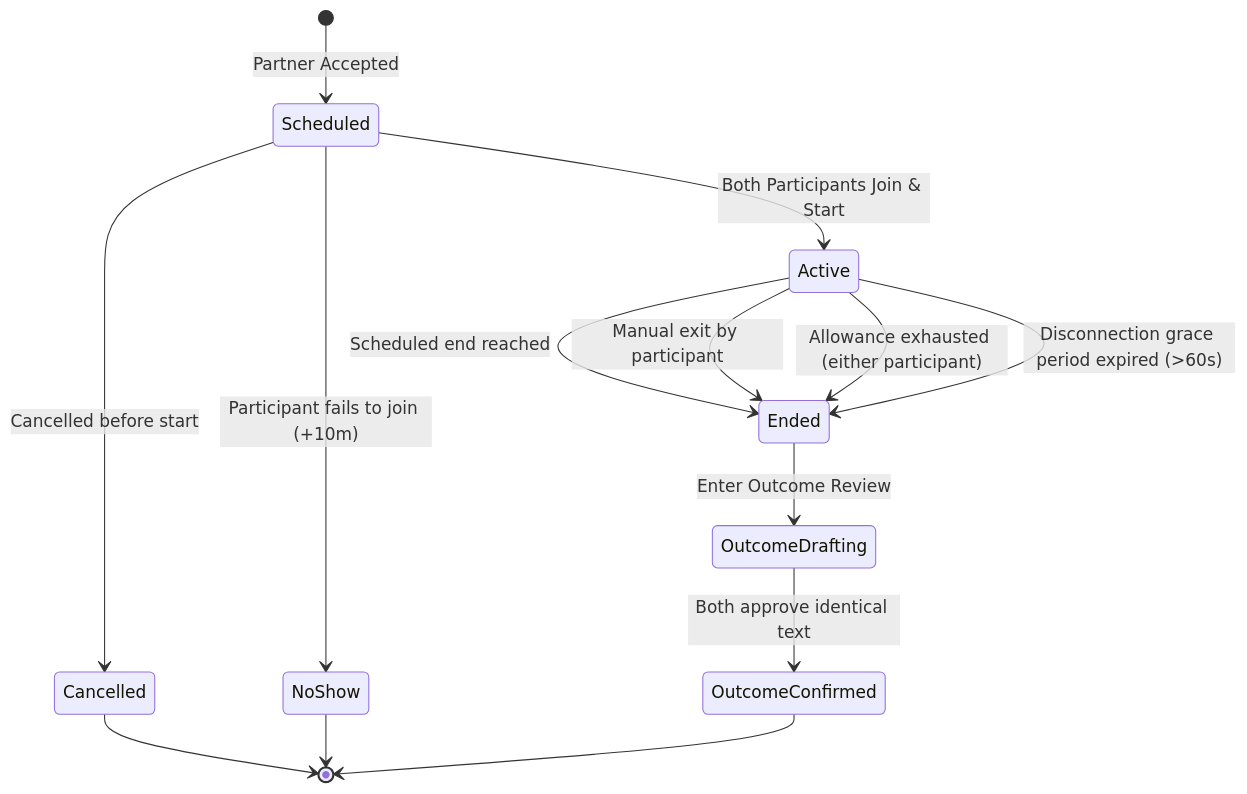
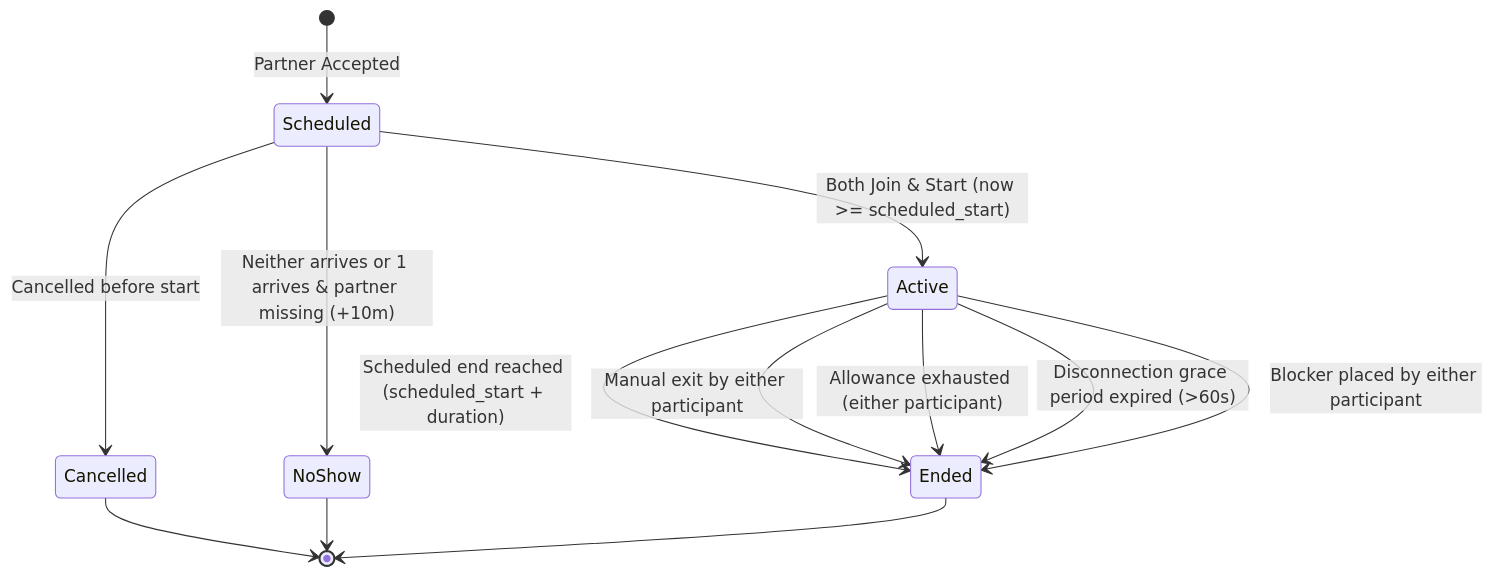
Before and after one commit to belozov/peer-learning-platform: the diagram in docs/session-lifecycle.md, drawn with Mermaid. The commit also changed other lines of this file and 15 other files, not shown here.

Commit message:
PLP-review: Address Astra review findings B1-B10, specification fixtures, and architectural reconciliation

````diff
--- a/docs/session-lifecycle.md
+++ b/docs/session-lifecycle.md
@@ -7,18 +7,17 @@
 ```mermaid
 stateDiagram-v2
     [*] --> Scheduled: Partner Accepted
-    Scheduled --> Active: Both Participants Join & Start
+    Scheduled --> Active: Both Join & Start (now >= scheduled_start)
     Scheduled --> Cancelled: Cancelled before start
-    Scheduled --> NoShow: Participant fails to join (+10m)
+    Scheduled --> NoShow: Neither arrives or 1 arrives & partner missing (+10m)
 
-    Active --> Ended: Scheduled end reached
-    Active --> Ended: Manual exit by participant
+    Active --> Ended: Scheduled end reached (scheduled_start + duration)
+    Active --> Ended: Manual exit by either participant
     Active --> Ended: Allowance exhausted (either participant)
     Active --> Ended: Disconnection grace period expired (>60s)
+    Active --> Ended: Blocker placed by either participant
 
     Cancelled --> [*]
     NoShow --> [*]
-    Ended --> OutcomeDrafting: Enter Outcome Review
-    OutcomeDrafting --> OutcomeConfirmed: Both approve identical text
-    OutcomeConfirmed --> [*]
+    Ended --> [*]
 ```
````
